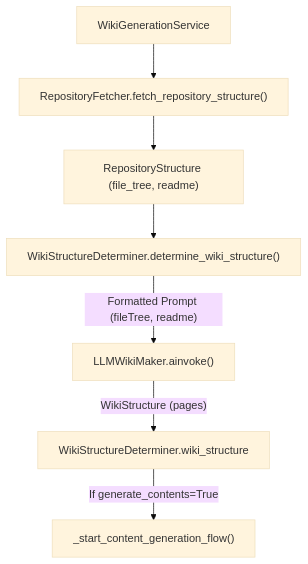
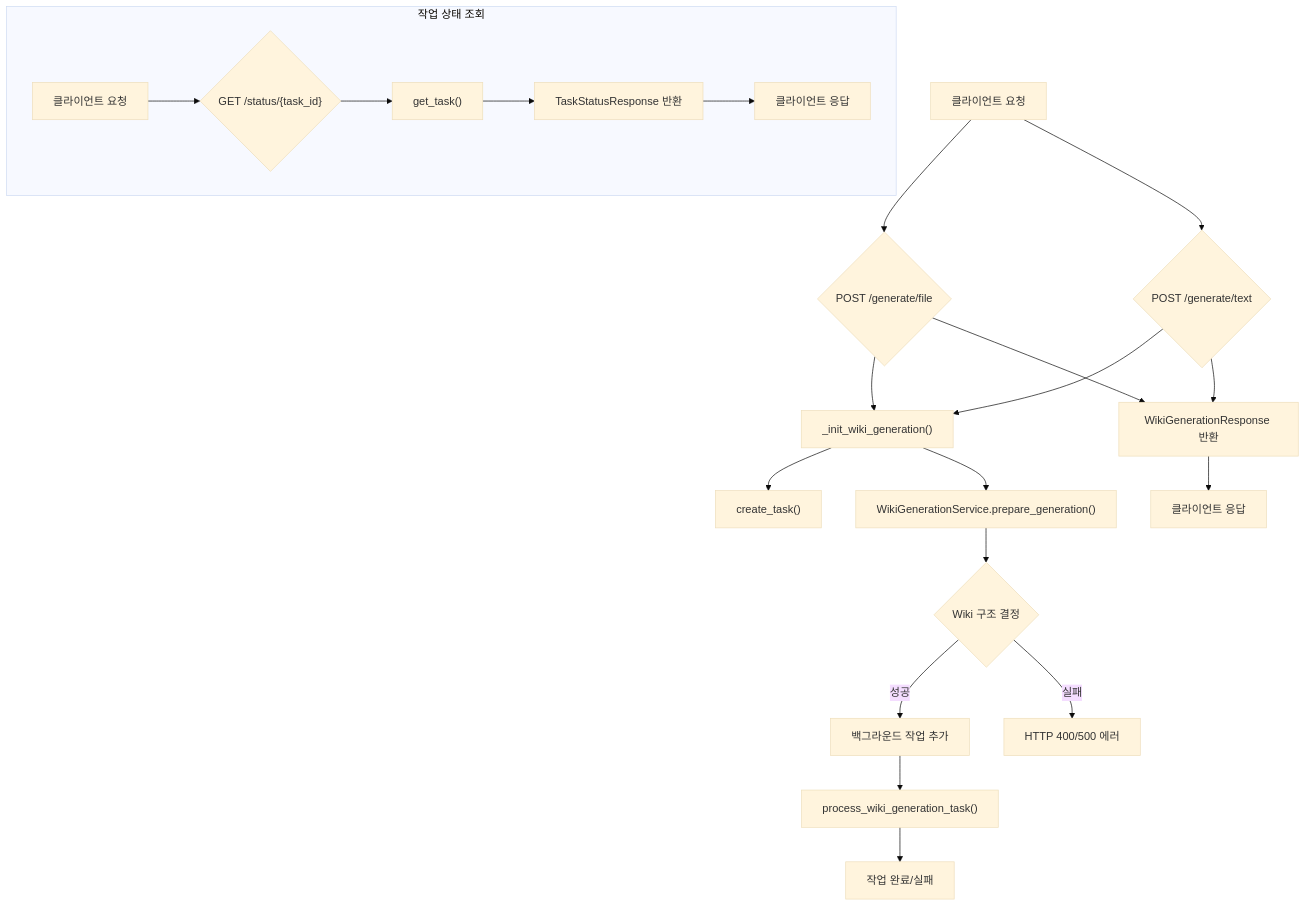
Before and after one commit to catuscio/wiki-as-readme: diagram 17 of 21 in examples/wiki_as_README.md, drawn with Mermaid (base theme). The commit also changed other lines of this file, not shown here.

Commit message:
docs: ✨Update examples/wiki_as_README.md via Wiki-As-Readme Action

````diff
--- a/examples/wiki_as_README.md
+++ b/examples/wiki_as_README.md
@@ -1573,9 +1830,24 @@
 ```mermaid
 graph TD
-    A["WikiGenerationService"] --> B["RepositoryFetcher.fetch_repository_structure()"];
-    B --> C["RepositoryStructure (file_tree, readme)"];
-    C --> D["WikiStructureDeterminer.determine_wiki_structure()"];
-    D -- "Formatted Prompt (fileTree, readme)" --> E["LLMWikiMaker.ainvoke()"];
-    E -- "WikiStructure (pages)" --> F["WikiStructureDeterminer.wiki_structure"];
-    F -- "If generate_contents=True" --> G["_start_content_generation_flow()"];
+    A["클라이언트 요청"] --> B{"POST /generate/file"};
+    A --> C{"POST /generate/text"};
+    B --> D["_init_wiki_generation()"];
+    C --> D;
+    D --> E["create_task()"];
+    D --> F["WikiGenerationService.prepare_generation()"];
+    F --> G{"Wiki 구조 결정"};
+    G -- "성공" --> H["백그라운드 작업 추가"];
+    G -- "실패" --> I["HTTP 400/500 에러"];
+    H --> J["process_wiki_generation_task()"];
+    J --> K["작업 완료/실패"];
+    B --> L["WikiGenerationResponse 반환"];
+    C --> L;
+    L --> M["클라이언트 응답"];
+
+    subgraph "작업 상태 조회"
+        N["클라이언트 요청"] --> O{"GET /status/{task_id}"};
+        O --> P["get_task()"];
+        P --> Q["TaskStatusResponse 반환"];
+        Q --> R["클라이언트 응답"];
+    end
 ```
````
